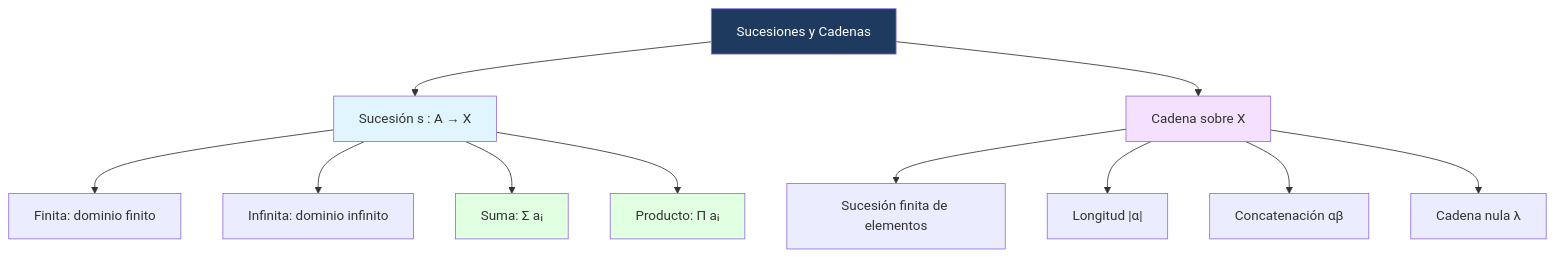
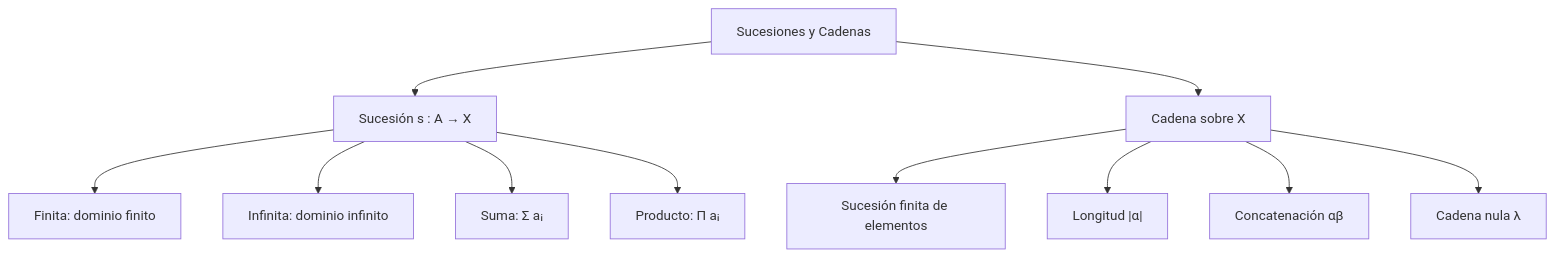
One commit to Fsteven22/Notas-de-Universidad-Freddy-Sanchez- changed the diagram in Universidad/3er Semestre/Matemáticas Discretas/Unidad 2 - Funciones y Relaciones/04 - Sucesiones y Cadenas.md. Above: the diagram before and after it, drawn with Mermaid. The commit also changed other lines of this file and 1424 other files, not shown here.

````diff
--- a/Universidad/3er Semestre/Matemáticas Discretas/Unidad 2 - Funciones y Relaciones/04 - Sucesiones y Cadenas.md
+++ b/Universidad/3er Semestre/Matemáticas Discretas/Unidad 2 - Funciones y Relaciones/04 - Sucesiones y Cadenas.md
@@ -301,19 +302,14 @@
 ```mermaid
 graph TD
     A[Sucesiones y Cadenas] --> B[Sucesión s : A → X]
     A --> C[Cadena sobre X]
     B --> D[Finita: dominio finito]
     B --> E[Infinita: dominio infinito]
     B --> F["Suma: Σ aᵢ"]
     B --> G["Producto: Π aᵢ"]
     C --> H[Sucesión finita de elementos]
     C --> I["Longitud |α|"]
     C --> J[Concatenación αβ]
     C --> K["Cadena nula λ"]
 
-    style A fill:#1e3a5f,color:#fff
-    style B fill:#e1f5ff
-    style C fill:#f5e1ff
-    style F fill:#e1ffe1
-    style G fill:#e1ffe1
 ```
````
